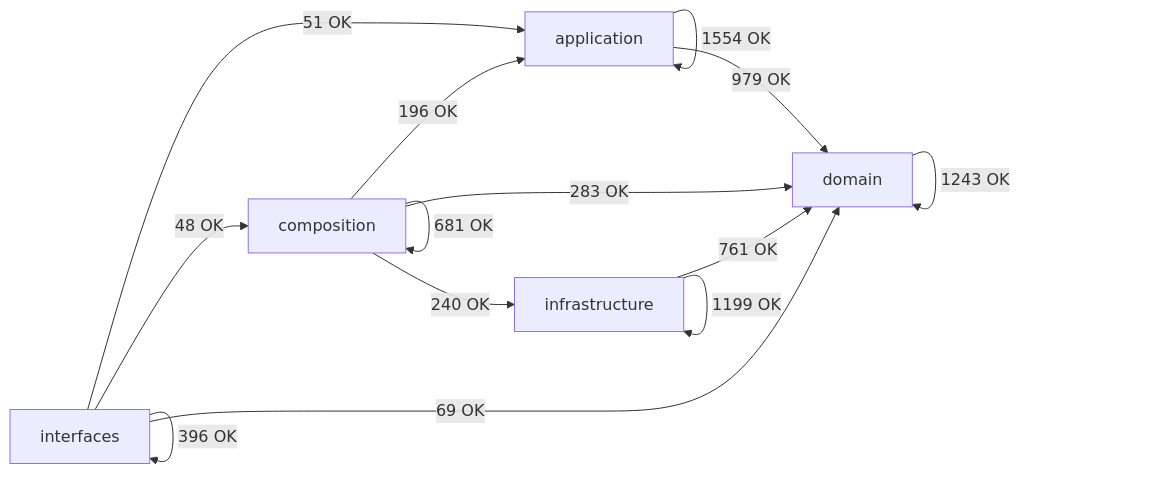
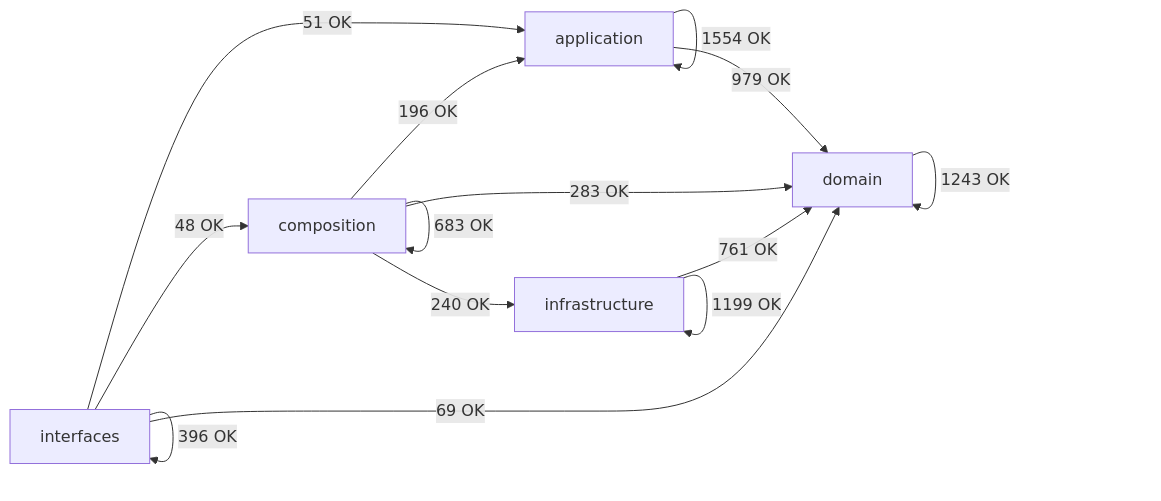
The diagram in docs/02-architecture/generated/module-dependency-map.md (SatoryKono/BioactivityDataAcquisition), drawn with Mermaid before and after one commit. The commit also changed other lines of this file and 28 other files, not shown here.

````diff
--- a/docs/02-architecture/generated/module-dependency-map.md
+++ b/docs/02-architecture/generated/module-dependency-map.md
@@ -17,21 +17,21 @@
 ```mermaid
 flowchart LR
     domain[domain]
     application[application]
     infrastructure[infrastructure]
     composition[composition]
     interfaces[interfaces]
     application -->|1554 OK| application
     application -->|979 OK| domain
     composition -->|196 OK| application
-    composition -->|681 OK| composition
+    composition -->|683 OK| composition
     composition -->|283 OK| domain
     composition -->|240 OK| infrastructure
     domain -->|1243 OK| domain
     infrastructure -->|761 OK| domain
     infrastructure -->|1199 OK| infrastructure
     interfaces -->|51 OK| application
     interfaces -->|48 OK| composition
     interfaces -->|69 OK| domain
     interfaces -->|396 OK| interfaces
 ```
````
